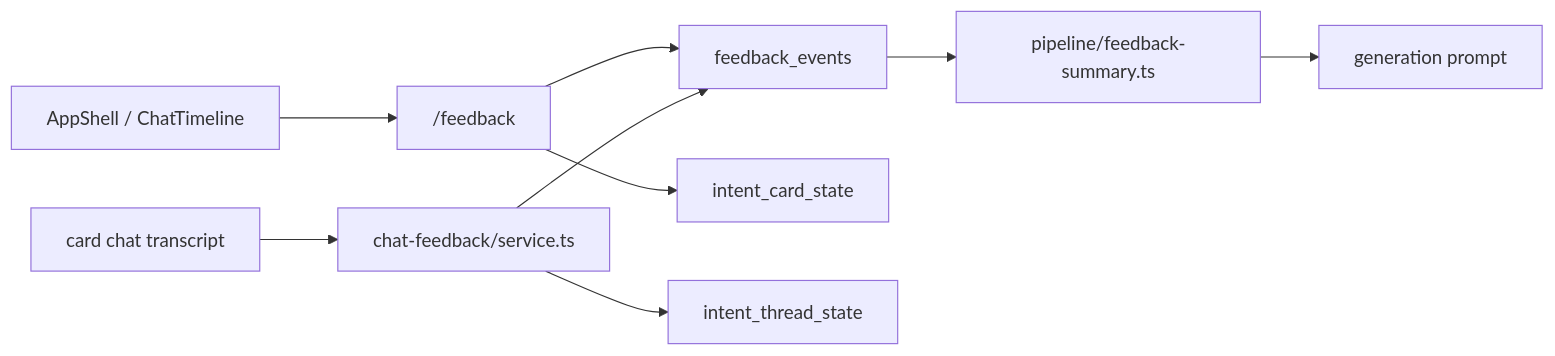
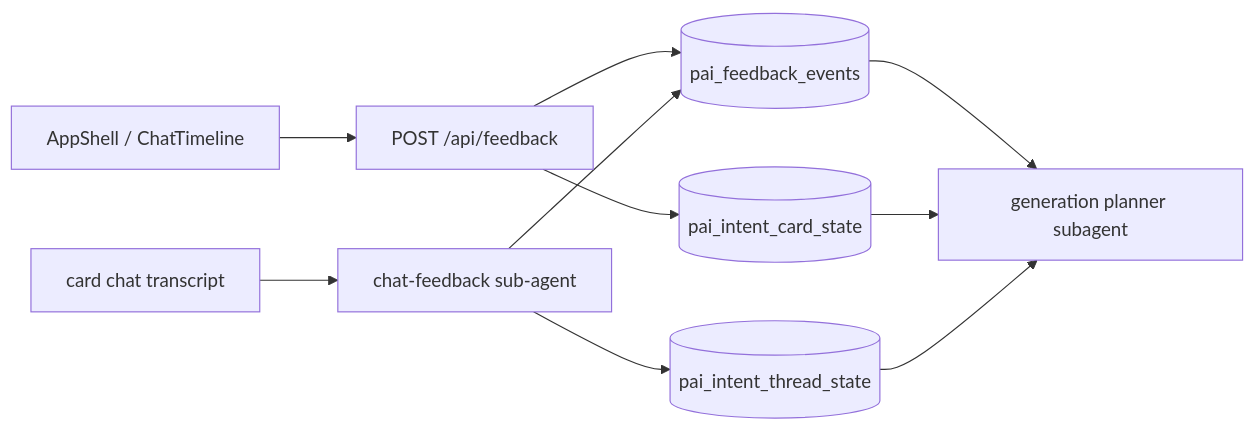
The first of 2 diagrams in docs/modules/feedback.mdx (Edge-AI-HQ/proactive-assistant), drawn with Mermaid before and after one commit. The commit also changed other lines of this file and 372 other files, not shown here.

````diff
--- a/docs/modules/feedback.mdx
+++ b/docs/modules/feedback.mdx
@@ -15,11 +17,12 @@
 ```mermaid
 flowchart LR
-  UI["AppShell / ChatTimeline"] --> Route["/feedback"]
-  Route --> Events["feedback_events"]
-  Route --> CardState["intent_card_state"]
-  Chat["card chat transcript"] --> ChatFeedback["chat-feedback/service.ts"]
-  ChatFeedback --> Events
-  ChatFeedback --> ThreadState["intent_thread_state"]
-  Events --> Summary["pipeline/feedback-summary.ts"]
-  Summary --> Generation["generation prompt"]
+  UI["AppShell / ChatTimeline"] --> Route["POST /api/feedback"]
+  Route --> Events[("pai_feedback_events")]
+  Route --> CardState[("pai_intent_card_state")]
+  Chat["card chat transcript"] --> CFA["chat-feedback sub-agent"]
+  CFA --> Events
+  CFA --> ThreadState[("pai_intent_thread_state")]
+  Events --> Gen["generation planner subagent"]
+  CardState --> Gen
+  ThreadState --> Gen
 ```
````
